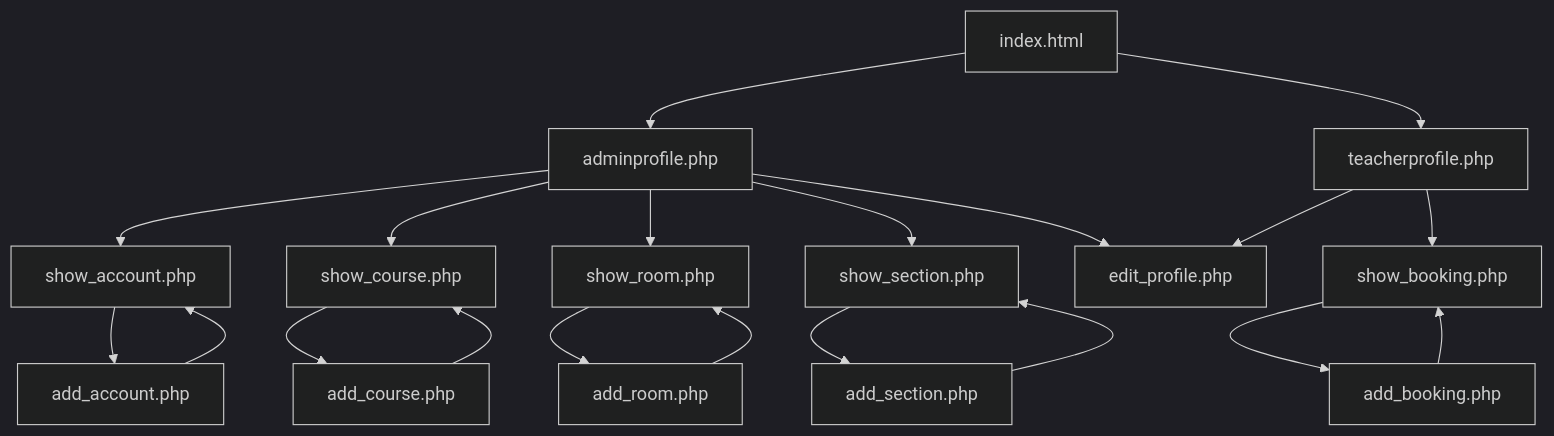
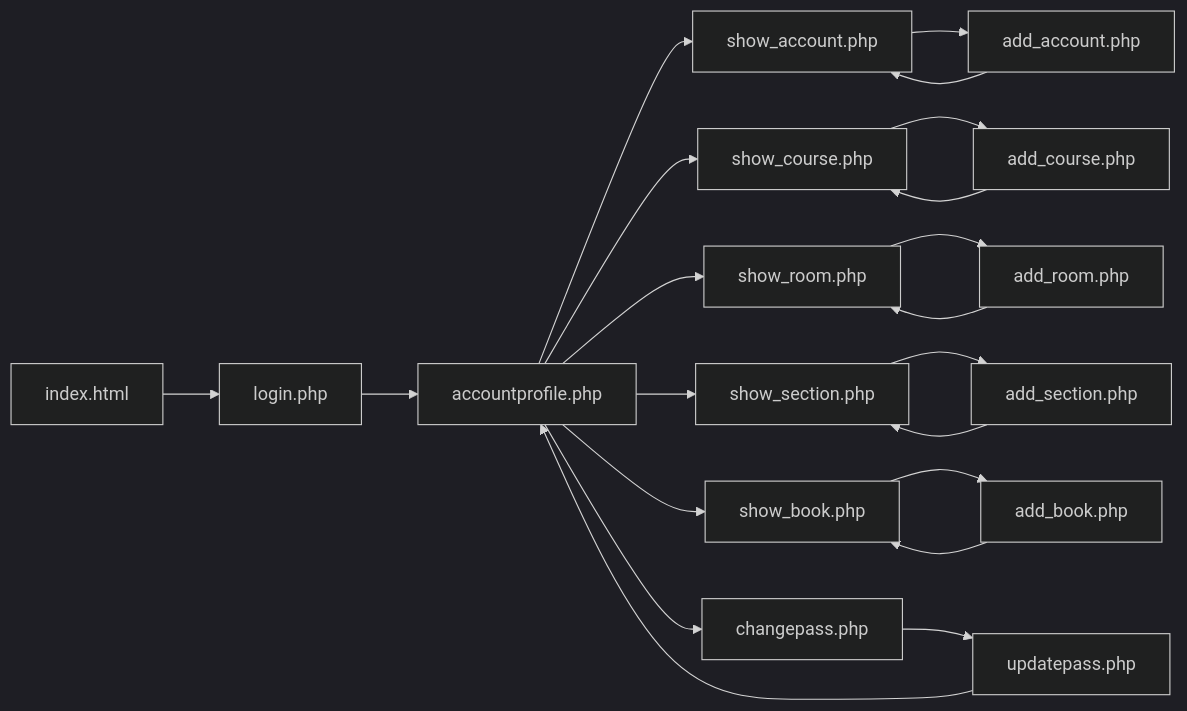
The diagram in README.md (Raliciel/css326project), drawn with Mermaid (dark theme) before and after one commit. The commit also changed other lines of this file and 1 other file, not shown here.

Commit message:
change 18 NOV

````diff
--- a/README.md
+++ b/README.md
@@ -16,22 +16,23 @@
 ```mermaid
-graph TD;
-    index.html-->adminprofile.php;
-    adminprofile.php-->show_account.php;
-    adminprofile.php-->show_course.php;
-    adminprofile.php-->show_room.php;
-    adminprofile.php-->show_section.php;
+graph LR;
+    index.html-->login.php;
+    login.php-->accountprofile.php
+    accountprofile.php-->show_account.php;
+    accountprofile.php-->show_course.php;
+    accountprofile.php-->show_room.php;
+    accountprofile.php-->show_section.php;
+    accountprofile.php-->show_book.php
     show_account.php-->add_account.php;
     show_course.php-->add_course.php;
     show_room.php-->add_room.php;
     show_section.php-->add_section.php;
     add_account.php-->show_account.php;
     add_course.php-->show_course.php;
     add_room.php-->show_room.php;
     add_section.php-->show_section.php;
-    adminprofile.php --> edit_profile.php;
-    index.html --> teacherprofile.php;
-    teacherprofile.php --> show_booking.php;
-    show_booking.php --> add_booking.php;
-    add_booking.php --> show_booking.php;
-    teacherprofile.php --> edit_profile.php
+    accountprofile.php --> changepass.php;
+    changepass.php --> updatepass.php;
+    updatepass.php-->accountprofile.php;
+    show_book.php --> add_book.php;
+    add_book.php --> show_book.php;
 ```
````
